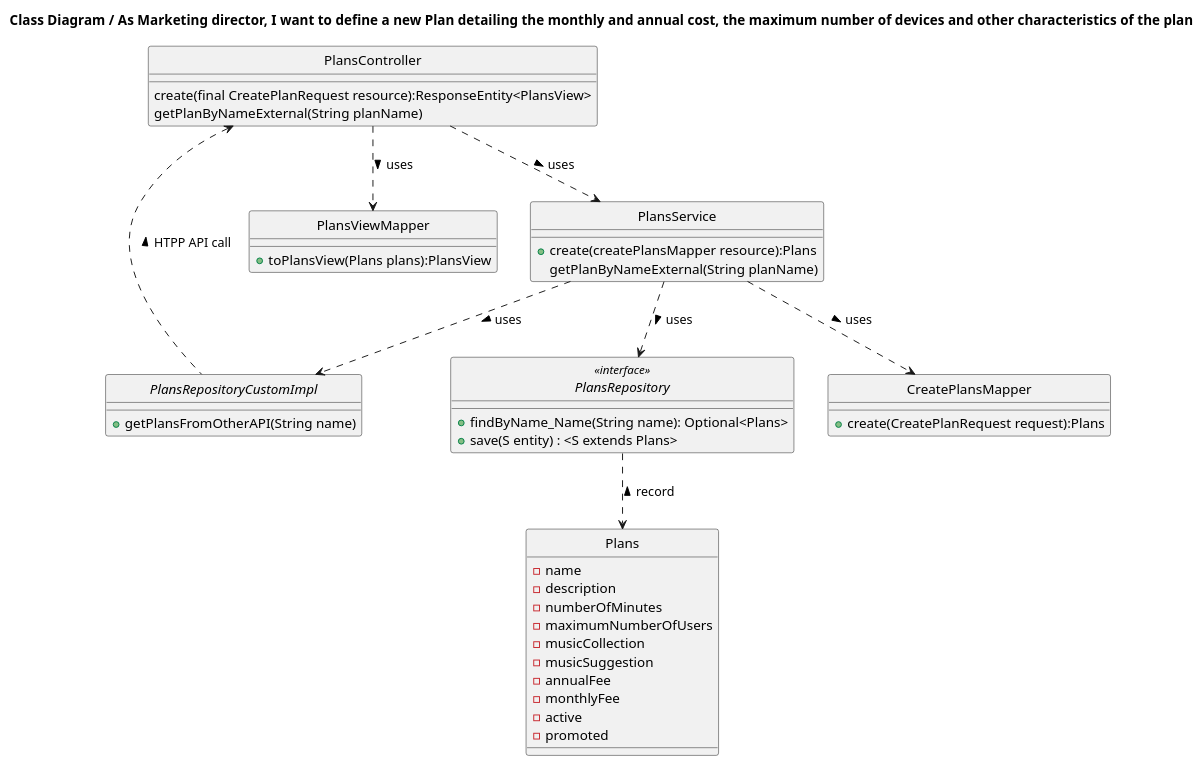
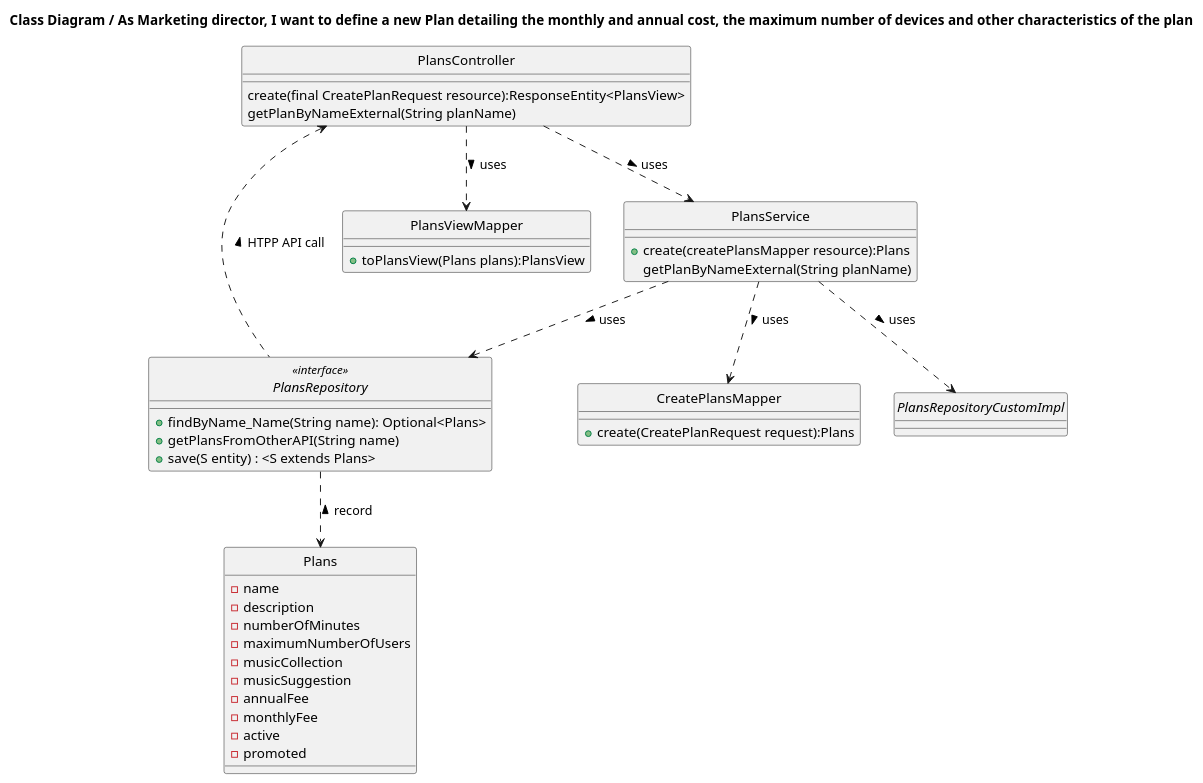
The diagram in docs_sidis/Plans/WP#1A/US01/CD.puml (IsepMartimOliveira/SIDIS), drawn with PlantUML before and after one commit. The commit also changed 12 other files, not shown here.

```diff
--- a/docs_sidis/Plans/WP#1A/US01/CD.puml
+++ b/docs_sidis/Plans/WP#1A/US01/CD.puml
@@ -1,59 +1,60 @@
 @startuml
 'https://plantuml.com/class-diagram
 hide circle
 class PlansRepository <<interface>>
 
 title Class Diagram / As Marketing director, I want to define a new Plan detailing the monthly and annual cost, the maximum number of devices and other characteristics of the plan
 
 
 
 class Plans{
     -name
     - description
     - numberOfMinutes
     -maximumNumberOfUsers
     -musicCollection
      -musicSuggestion
      -annualFee
      -monthlyFee
      -active
      -promoted
 }
 class PlansViewMapper{
     +toPlansView(Plans plans):PlansView
 }
 class PlansController{
     create(final CreatePlanRequest resource):ResponseEntity<PlansView>
     getPlanByNameExternal(String planName)
     }
 class PlansService{
  +create(createPlansMapper resource):Plans
  getPlanByNameExternal(String planName)
 
 
 }
 class CreatePlansMapper{
     +create(CreatePlanRequest request):Plans
 }
 
 interface PlansRepository
 {
 +findByName_Name(String name): Optional<Plans>
++ getPlansFromOtherAPI(String name)
 +save(S entity) : <S extends Plans>
 }
 
 interface PlansRepositoryCustomImpl
 {
-+ getPlansFromOtherAPI(String name)
+
 
 }
 
 
 PlansController ..> PlansService: uses >
 PlansService ..> PlansRepository: uses >
 PlansService ..> PlansRepositoryCustomImpl: uses >
 PlansRepository ..> Plans: < record
-PlansRepositoryCustomImpl ..left>PlansController: HTPP API call >
+PlansRepository ..left>PlansController: HTPP API call >
 PlansService ..> CreatePlansMapper: uses >
 PlansController ..>PlansViewMapper: uses >
 @enduml
```
